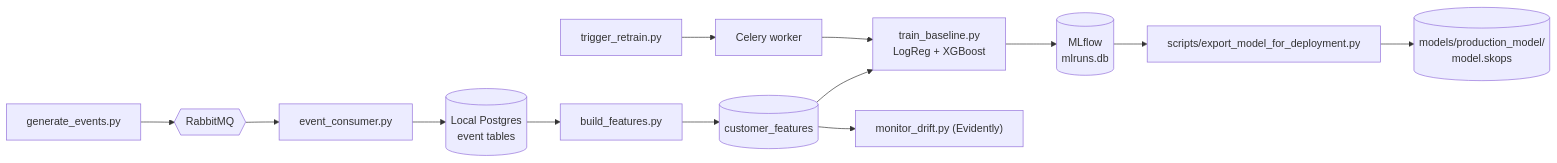
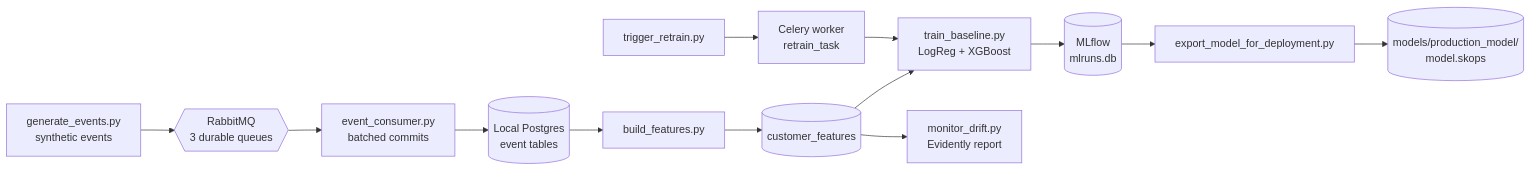
Before and after one commit to Harishchand83077/ml-insight-platform: the second of 2 diagrams in README.md, drawn with Mermaid. The commit also changed other lines of this file and 1 other file, not shown here.

Commit message:
Finalize README and architecture summary

````diff
--- a/README.md
+++ b/README.md
@@ -81,10 +91,15 @@
 ```mermaid
 flowchart LR
-    GEN["generate_events.py"] --> RMQ{{"RabbitMQ"}}
-    RMQ --> CONS["event_consumer.py"] --> LPG[("Local Postgres<br/>event tables")]
-    LPG --> BF["build_features.py"] --> FT[("customer_features")]
-    FT --> TRAIN["train_baseline.py<br/>LogReg + XGBoost"] --> MLF[("MLflow<br/>mlruns.db")]
-    MLF --> EXP["scripts/export_model_for_deployment.py"] --> MP[("models/production_model/<br/>model.skops")]
-    FT --> DRIFT["monitor_drift.py (Evidently)"]
-    TRIG["trigger_retrain.py"] --> CEL["Celery worker"] --> TRAIN
+    GEN["generate_events.py<br/>synthetic events"] --> RMQ{{"RabbitMQ<br/>3 durable queues"}}
+    RMQ --> CONS["event_consumer.py<br/>batched commits"]
+    CONS --> LPG[("Local Postgres<br/>event tables")]
+    LPG --> BF["build_features.py"]
+    BF --> FT[("customer_features")]
+    FT --> TRAIN["train_baseline.py<br/>LogReg + XGBoost"]
+    TRAIN --> MLF[("MLflow<br/>mlruns.db")]
+    MLF --> EXPORT["export_model_for_deployment.py"]
+    EXPORT --> SKOPS[("models/production_model/<br/>model.skops")]
+    FT --> DRIFT["monitor_drift.py<br/>Evidently report"]
+    TRIG["trigger_retrain.py"] --> CELERY["Celery worker<br/>retrain_task"]
+    CELERY --> TRAIN
 ```
````
